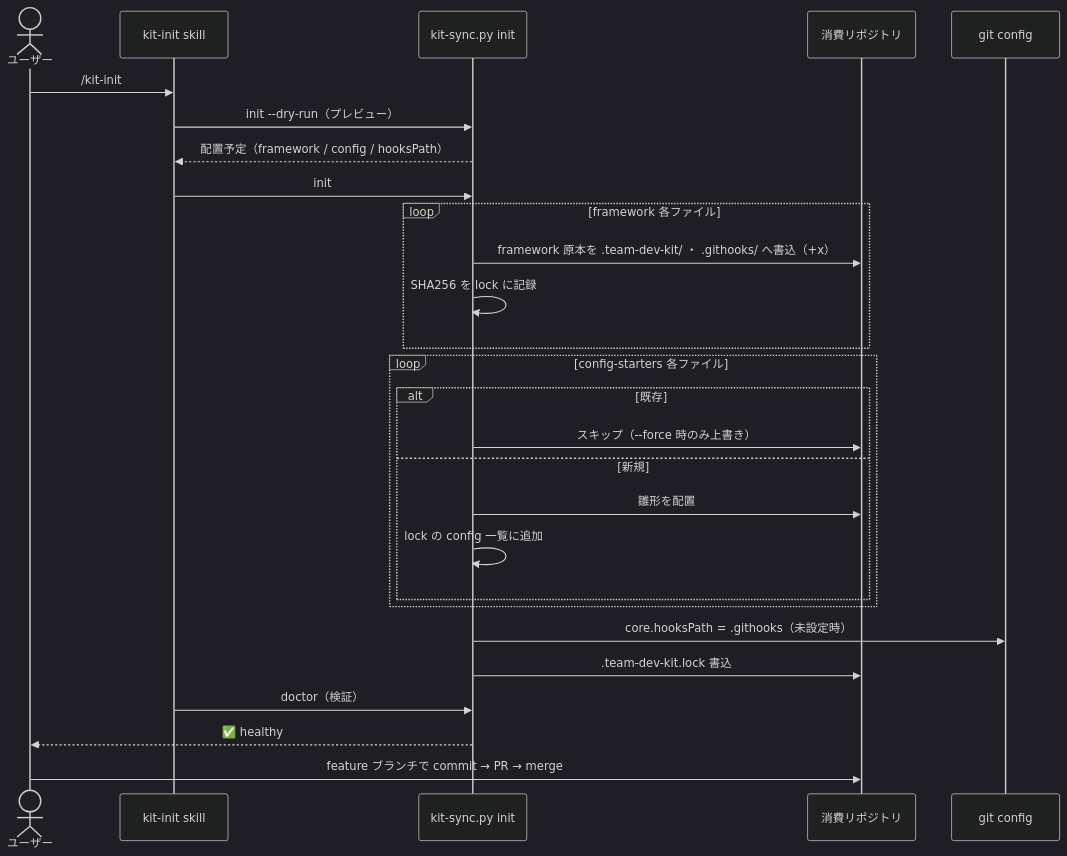
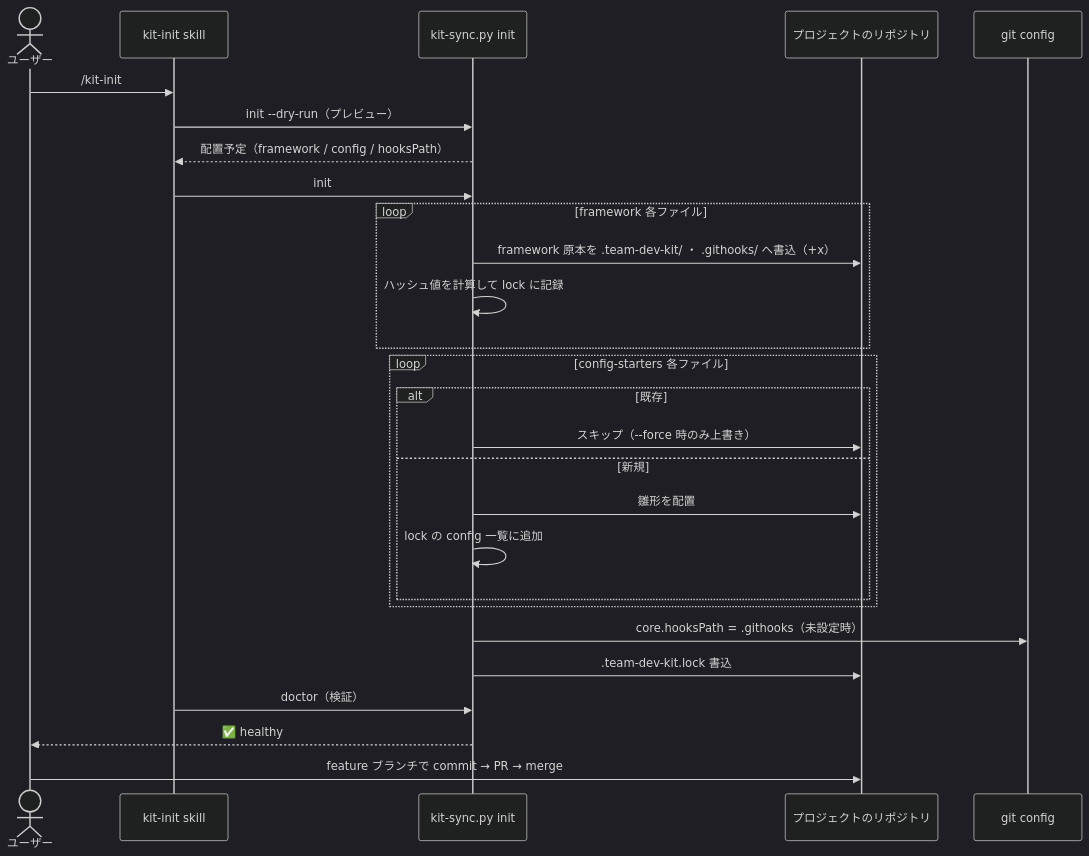
One commit to aRaikoFunakami/team-dev-kit changed the third of 6 diagrams in docs/architecture.md. Above: the diagram before and after it, drawn with Mermaid (dark theme). The commit also changed other lines of this file, not shown here.

First line of the commit message:
docs(architecture): 用語を A層/B層 に統一し全体像セクションを追加

````diff
--- a/docs/architecture.md
+++ b/docs/architecture.md
@@ -155,30 +202,30 @@
 ```mermaid
 sequenceDiagram
     actor U as ユーザー
     participant S as kit-init skill
     participant P as kit-sync.py init
-    participant FS as 消費リポジトリ
+    participant FS as プロジェクトのリポジトリ
     participant G as git config
 
     U->>S: /kit-init
     S->>P: init --dry-run（プレビュー）
     P-->>S: 配置予定（framework / config / hooksPath）
     S->>P: init
     loop framework 各ファイル
         P->>FS: framework 原本を .team-dev-kit/ ・ .githooks/ へ書込（+x）
-        P->>P: SHA256 を lock に記録
+        P->>P: ハッシュ値を計算して lock に記録
     end
     loop config-starters 各ファイル
         alt 既存
             P->>FS: スキップ（--force 時のみ上書き）
         else 新規
             P->>FS: 雛形を配置
             P->>P: lock の config 一覧に追加
         end
     end
     P->>G: core.hooksPath = .githooks（未設定時）
     P->>FS: .team-dev-kit.lock 書込
     S->>P: doctor（検証）
     P-->>U: ✅ healthy
     U->>FS: feature ブランチで commit → PR → merge
 ```
````
